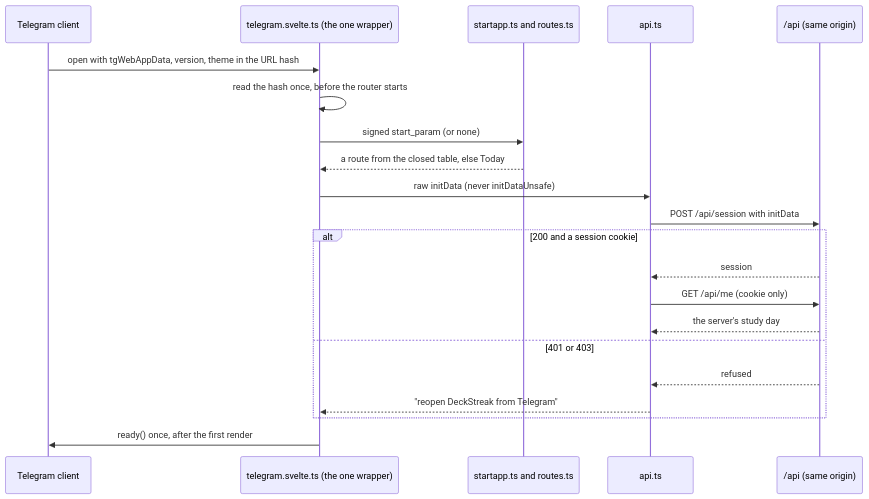
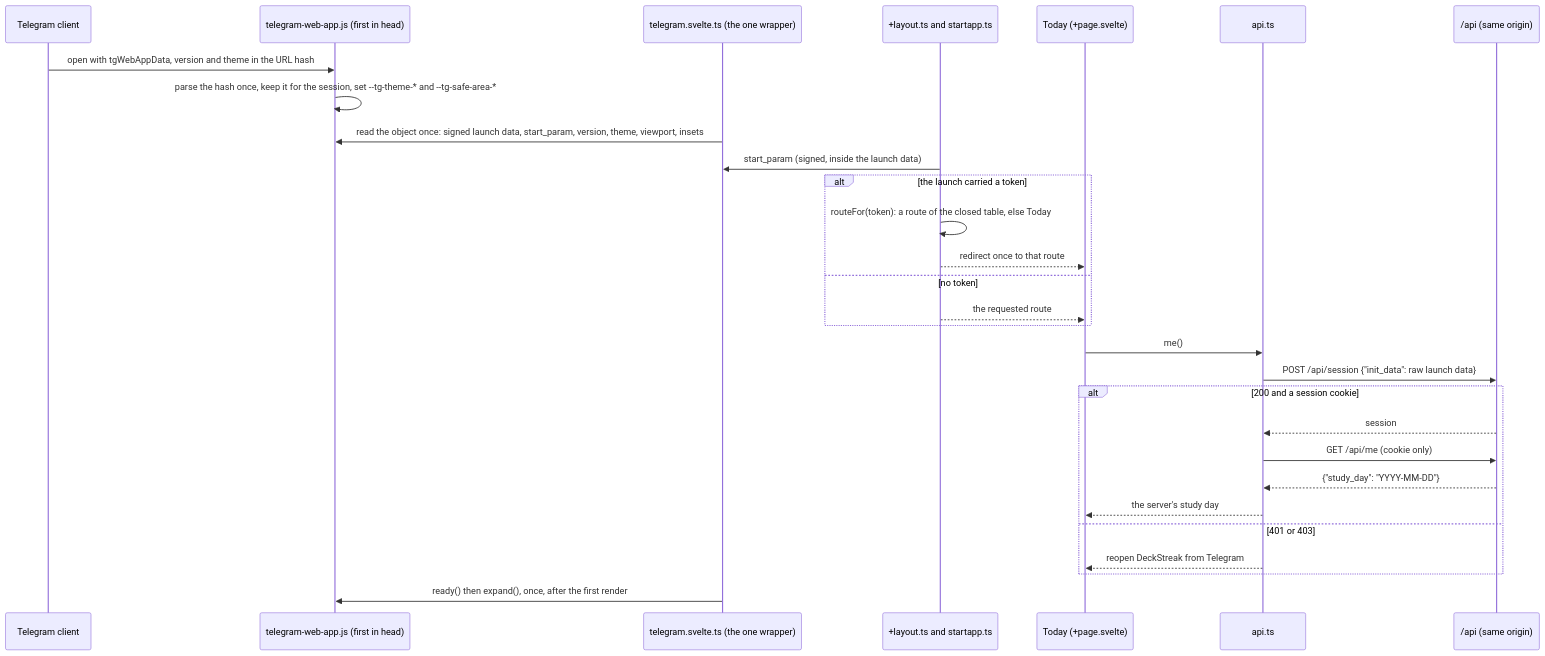
Before and after one commit to RexRenatus/deck-streak: the first of 3 diagrams in docs/schematics/mini-app-launch.md, drawn with Mermaid. The commit also changed other lines of this file and 19 other files, not shown here.

````diff
--- a/docs/schematics/mini-app-launch.md
+++ b/docs/schematics/mini-app-launch.md
@@ -8,23 +17,31 @@
 ```mermaid
 sequenceDiagram
   participant T as Telegram client
+  participant S as telegram-web-app.js (first in head)
   participant W as telegram.svelte.ts (the one wrapper)
-  participant R as startapp.ts and routes.ts
+  participant L as +layout.ts and startapp.ts
+  participant P as Today (+page.svelte)
   participant A as api.ts
-  participant S as /api (same origin)
-  T->>W: open with tgWebAppData, version, theme in the URL hash
-  W->>W: read the hash once, before the router starts
-  W->>R: signed start_param (or none)
-  R-->>W: a route from the closed table, else Today
-  W->>A: raw initData (never initDataUnsafe)
-  A->>S: POST /api/session with initData
+  participant API as /api (same origin)
+  T->>S: open with tgWebAppData, version and theme in the URL hash
+  S->>S: parse the hash once, keep it for the session, set --tg-theme-* and --tg-safe-area-*
+  W->>S: read the object once: signed launch data, start_param, version, theme, viewport, insets
+  L->>W: start_param (signed, inside the launch data)
+  alt the launch carried a token
+    L->>L: routeFor(token): a route of the closed table, else Today
+    L-->>P: redirect once to that route
+  else no token
+    L-->>P: the requested route
+  end
+  P->>A: me()
+  A->>API: POST /api/session {"init_data": raw launch data}
   alt 200 and a session cookie
-    S-->>A: session
-    A->>S: GET /api/me (cookie only)
-    S-->>A: the server's study day
+    API-->>A: session
+    A->>API: GET /api/me (cookie only)
+    API-->>A: {"study_day": "YYYY-MM-DD"}
+    A-->>P: the server's study day
   else 401 or 403
-    S-->>A: refused
-    A-->>W: "reopen DeckStreak from Telegram"
+    A-->>P: reopen DeckStreak from Telegram
   end
-  W->>T: ready() once, after the first render
+  W->>S: ready() then expand(), once, after the first render
 ```
````
